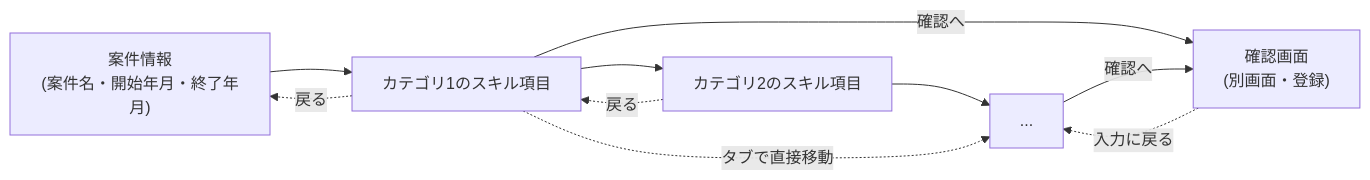
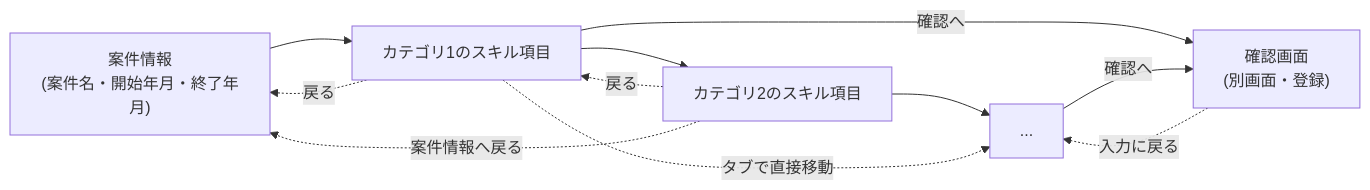
One commit to Seiya-Nakagawa/Portfolio changed the fourth of 5 diagrams in docs/02.design/DESIGN.md. Above: the diagram before and after it, drawn with Mermaid. The commit also changed other lines of this file and 1 other file, not shown here.

First line of the commit message:
fix: 案件登録の全カテゴリページに「案件情報へ戻る」ボタンを追加する (#117)

````diff
--- a/docs/02.design/DESIGN.md
+++ b/docs/02.design/DESIGN.md
@@ -324,12 +324,13 @@
 ```mermaid
 flowchart LR
     Info["案件情報\n(案件名・開始年月・終了年月)"] --> Cat1["カテゴリ1のスキル項目"]
     Cat1 --> Cat2["カテゴリ2のスキル項目"]
     Cat2 --> CatN["..."]
     Cat1 -->|確認へ| Confirm
     CatN -->|確認へ| Confirm["確認画面\n(別画面・登録)"]
     Cat1 -.戻る.-> Info
     Cat2 -.戻る.-> Cat1
+    Cat2 -.案件情報へ戻る.-> Info
     Confirm -.入力に戻る.-> CatN
     Cat1 -.タブで直接移動.-> CatN
 ```
````
